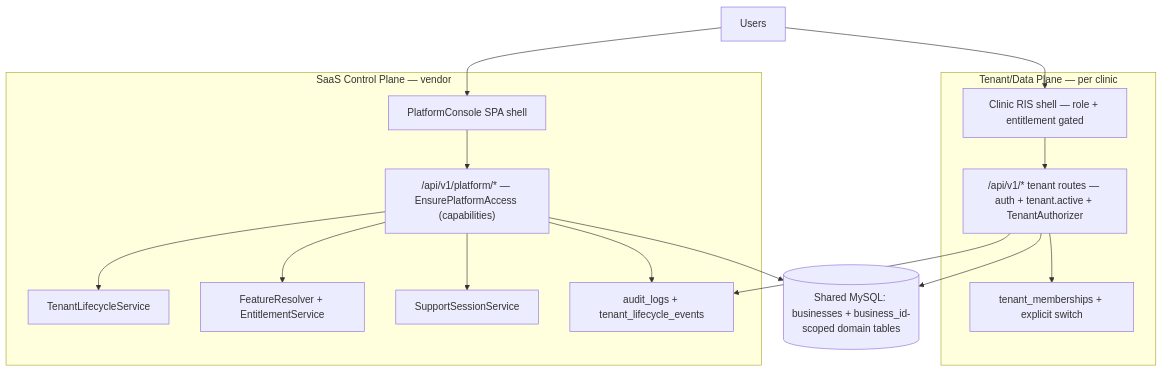
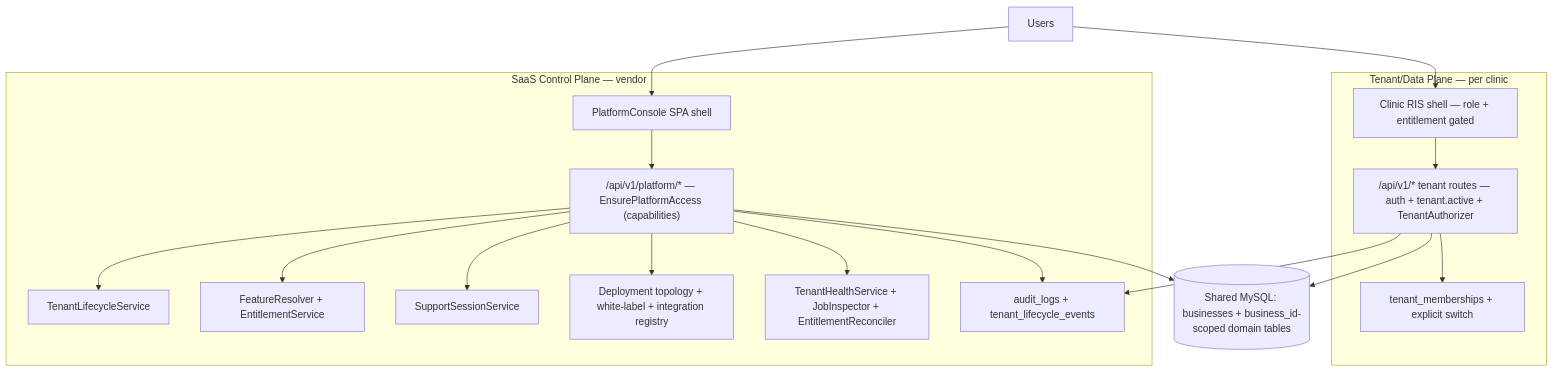
One commit to jerryboganda/adcportal changed the diagram in docs/saas/TARGET_ARCHITECTURE.md. Above: the diagram before and after it, drawn with Mermaid. The commit also changed other lines of this file and 9 other files, not shown here.

````diff
--- a/docs/saas/TARGET_ARCHITECTURE.md
+++ b/docs/saas/TARGET_ARCHITECTURE.md
@@ -3,28 +3,32 @@
 ```mermaid
 flowchart TB
     subgraph ControlPlane[SaaS Control Plane — vendor]
         PC[PlatformConsole SPA shell]
         PA["/api/v1/platform/* — EnsurePlatformAccess (capabilities)"]
         LE[TenantLifecycleService]
         FE[FeatureResolver + EntitlementService]
         SS[SupportSessionService]
+        DT[Deployment topology + white-label + integration registry]
+        OPS["TenantHealthService + JobInspector + EntitlementReconciler"]
         AUD[audit_logs + tenant_lifecycle_events]
     end
 
     subgraph DataPlane[Tenant/Data Plane — per clinic]
         SPA[Clinic RIS shell — role + entitlement gated]
         API["/api/v1/* tenant routes — auth + tenant.active + TenantAuthorizer"]
         TM[tenant_memberships + explicit switch]
     end
 
     Users --> PC
     Users --> SPA
     PC --> PA --> LE & FE & SS
+    PA --> DT
+    PA --> OPS
     PA --> AUD
     SPA --> API
     API --> TM
     API --> AUD
     DB[(Shared MySQL: businesses + business_id-scoped domain tables)]
     PA --> DB
     API --> DB
 ```
````
